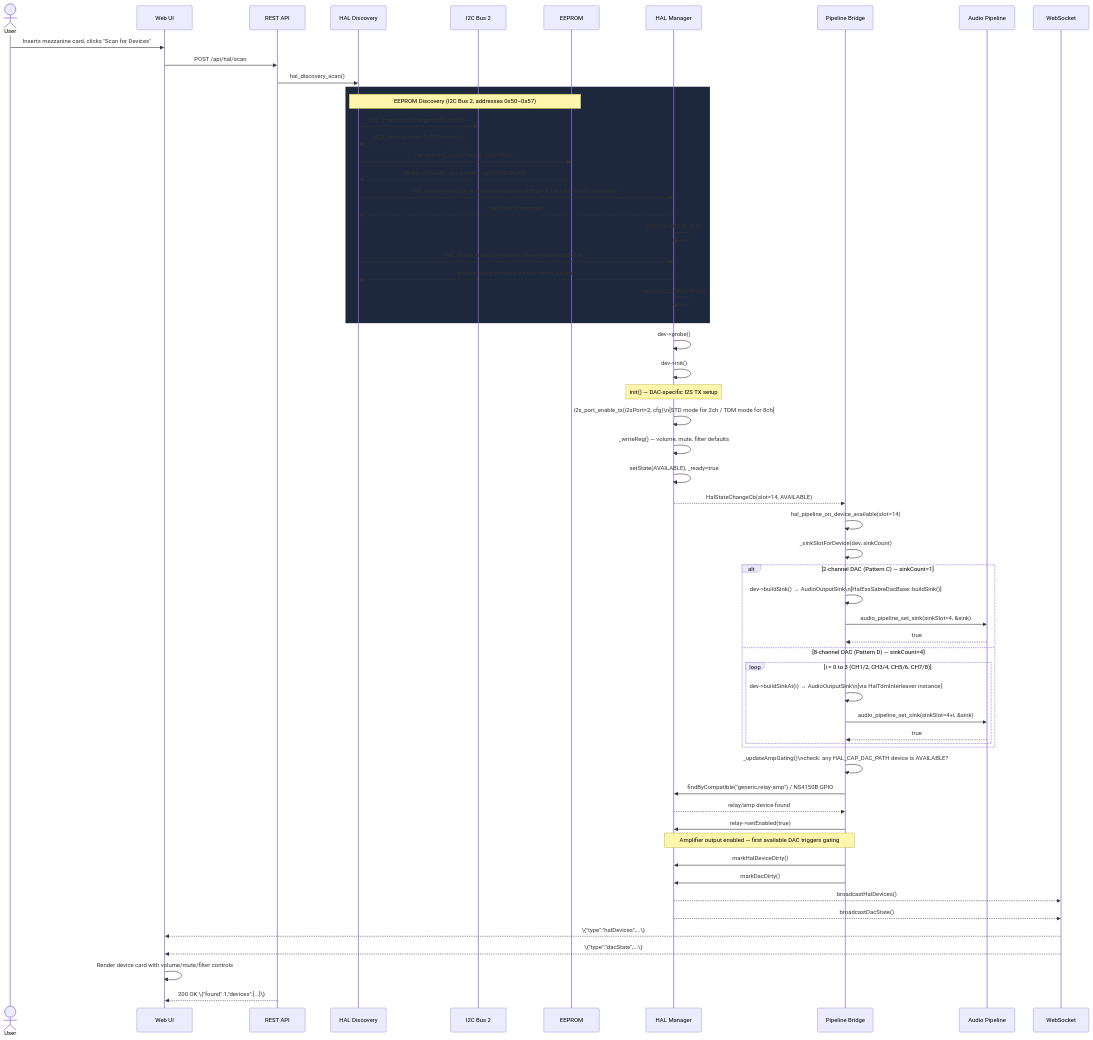
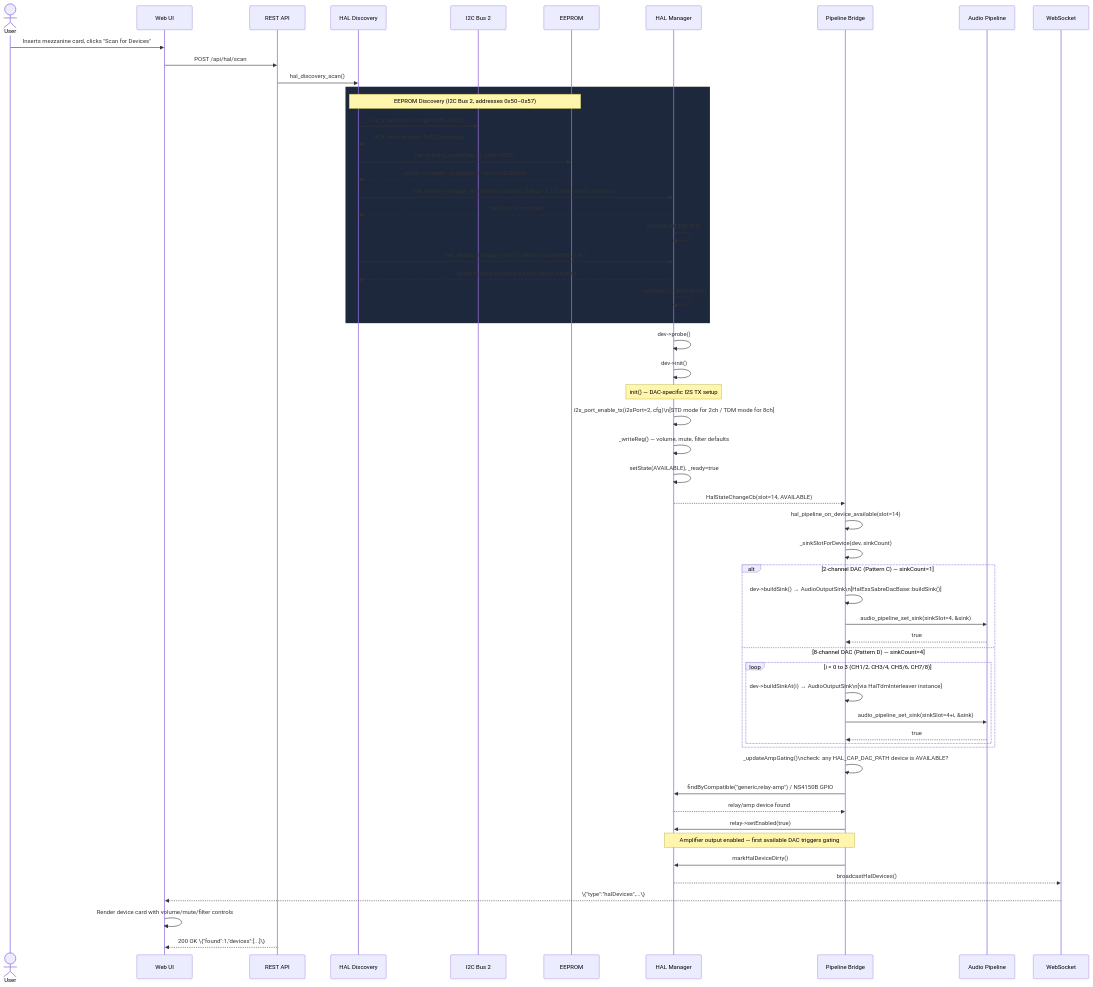
One commit to Schmackos/ALX_Nova_Controller_2 changed the diagram in docs-site/docs/developer/user-flows/mezzanine-dac-insert.md. Above: the diagram before and after it, drawn with Mermaid. The commit also changed other lines of this file and 24 other files, not shown here.

First line of the commit message:
refactor: remove legacy DAC API, move EEPROM to HAL namespace (#73)

````diff
--- a/docs-site/docs/developer/user-flows/mezzanine-dac-insert.md
+++ b/docs-site/docs/developer/user-flows/mezzanine-dac-insert.md
@@ -24,70 +24,67 @@
 ```mermaid
 sequenceDiagram
     actor User
     participant WebUI as Web UI
     participant REST as REST API
     participant Disc as HAL Discovery
     participant I2C as I2C Bus 2
     participant EEPROM
     participant HAL as HAL Manager
     participant Bridge as Pipeline Bridge
     participant Pipeline as Audio Pipeline
     participant WS as WebSocket
 
     User->>WebUI: Inserts mezzanine card, clicks "Scan for Devices"
     WebUI->>REST: POST /api/hal/scan
     REST->>Disc: hal_discovery_scan()
 
     rect rgb(30, 40, 60)
         Note over Disc,EEPROM: EEPROM Discovery (I2C Bus 2, addresses 0x50–0x57)
         Disc->>I2C: i2c_scan(bus=2, range=0x50–0x57)
         I2C-->>Disc: ACK from address 0x52 (example)
         Disc->>EEPROM: hal_eeprom_probe(bus=2, addr=0x52)
         EEPROM-->>Disc: ALXD v3 header: compatible="ess,es9038q2m"
         Disc->>HAL: hal_device_manager_register(compatible, i2cBus=2, i2cAddr=0x48, i2sPort=2)
         HAL-->>Disc: halSlot=14 assigned
         HAL->>HAL: setState(DETECTED)
         Disc->>HAL: hal_device_manager_match_driver("ess,es9038q2m")
         HAL-->>Disc: driver factory matched via hal_builtin_devices
         HAL->>HAL: setState(CONFIGURING)
     end
 
     HAL->>HAL: dev->probe()
     HAL->>HAL: dev->init()
 
     Note over HAL: init() — DAC-specific I2S TX setup
     HAL->>HAL: i2s_port_enable_tx(i2sPort=2, cfg)\n[STD mode for 2ch / TDM mode for 8ch]
     HAL->>HAL: _writeReg() — volume, mute, filter defaults
     HAL->>HAL: setState(AVAILABLE), _ready=true
 
     HAL-->>Bridge: HalStateChangeCb(slot=14, AVAILABLE)
     Bridge->>Bridge: hal_pipeline_on_device_available(slot=14)
     Bridge->>Bridge: _sinkSlotForDevice(dev, sinkCount)
 
     alt 2-channel DAC (Pattern C) — sinkCount=1
         Bridge->>Bridge: dev->buildSink() → AudioOutputSink\n[HalEssSabreDacBase::buildSink()]
         Bridge->>Pipeline: audio_pipeline_set_sink(sinkSlot=4, &sink)
         Pipeline-->>Bridge: true
     else 8-channel DAC (Pattern D) — sinkCount=4
         loop i = 0 to 3 (CH1/2, CH3/4, CH5/6, CH7/8)
             Bridge->>Bridge: dev->buildSinkAt(i) → AudioOutputSink\n[via HalTdmInterleaver instance]
             Bridge->>Pipeline: audio_pipeline_set_sink(sinkSlot=4+i, &sink)
             Pipeline-->>Bridge: true
         end
     end
 
     Bridge->>Bridge: _updateAmpGating()\ncheck: any HAL_CAP_DAC_PATH device is AVAILABLE?
     Bridge->>HAL: findByCompatible("generic,relay-amp") / NS4150B GPIO
     HAL-->>Bridge: relay/amp device found
     Bridge->>HAL: relay->setEnabled(true)
     Note over Bridge,HAL: Amplifier output enabled — first available DAC triggers gating
 
     Bridge->>HAL: markHalDeviceDirty()
-    Bridge->>HAL: markDacDirty()
     HAL-->>WS: broadcastHalDevices()
-    HAL-->>WS: broadcastDacState()
     WS-->>WebUI: \{"type":"halDevices",...\}
-    WS-->>WebUI: \{"type":"dacState",...\}
     WebUI->>WebUI: Render device card with volume/mute/filter controls
     REST-->>WebUI: 200 OK \{"found":1,"devices":[...]\}
 ```
````
